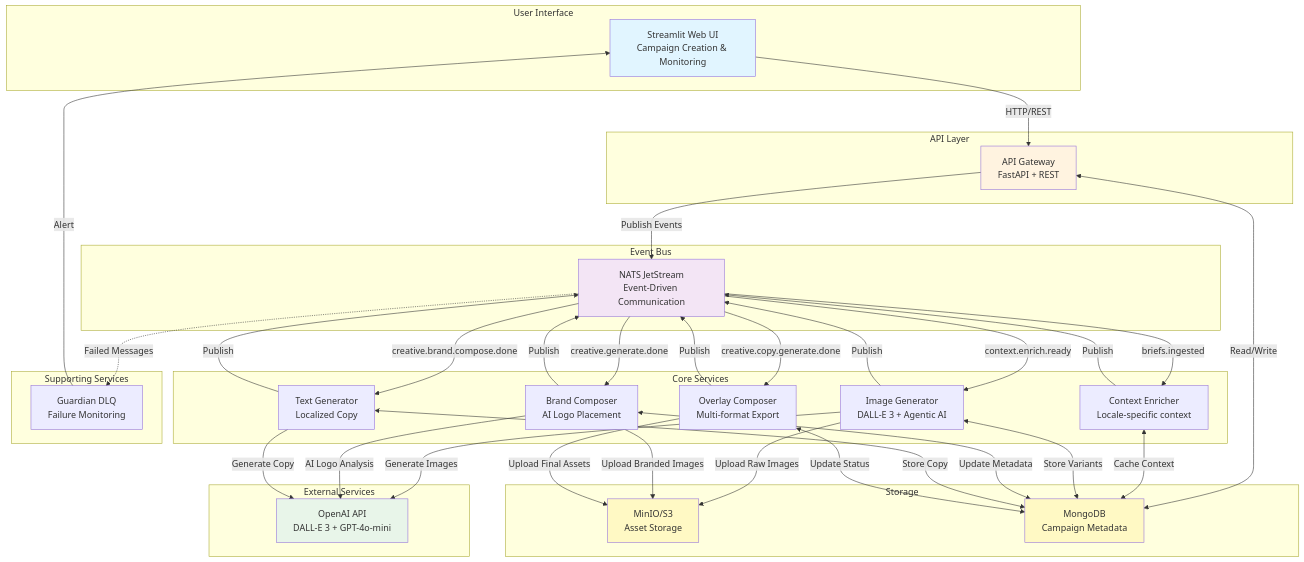
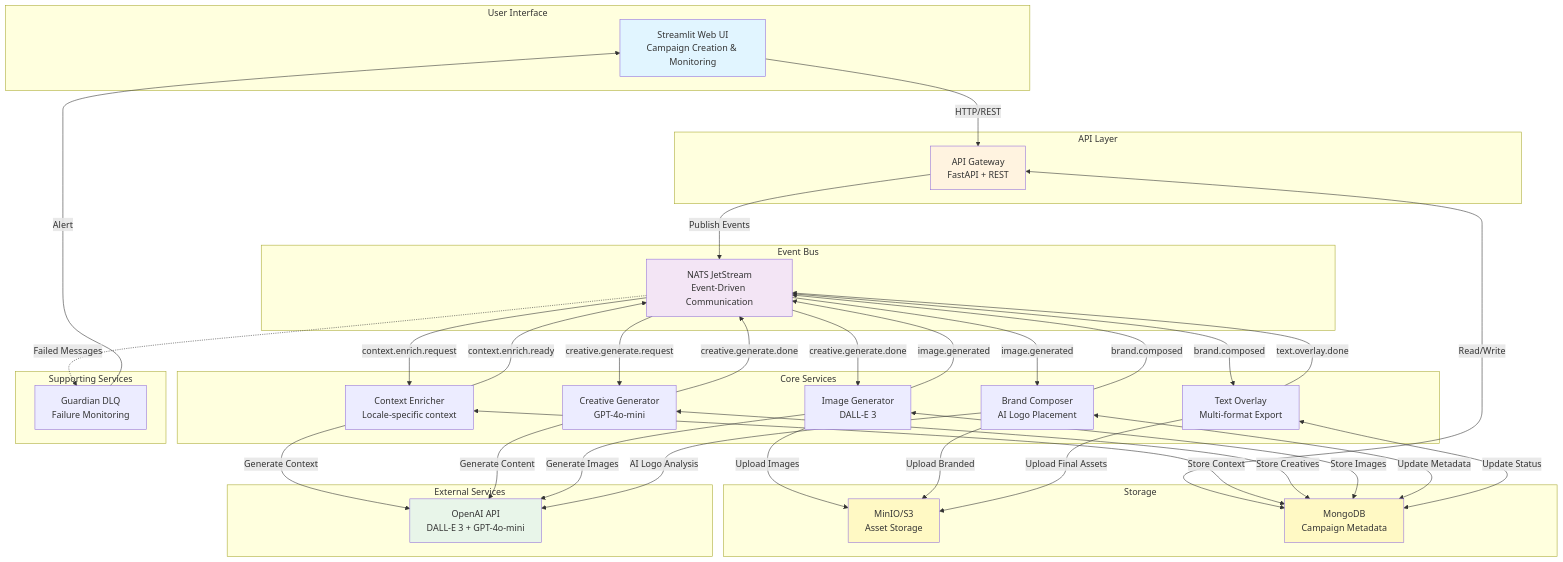
Before and after one commit to gsantopaolo/CreativeCampaign-Agent: the first of 10 diagrams in docs/architecture-diagram.md, drawn with Mermaid. The commit also changed other lines of this file and 7 other files, not shown here.

````diff
--- a/docs/architecture-diagram.md
+++ b/docs/architecture-diagram.md
@@ -5,75 +5,76 @@
 ```mermaid
 graph TB
     subgraph "User Interface"
         UI[Streamlit Web UI<br/>Campaign Creation & Monitoring]
     end
     
     subgraph "API Layer"
         API[API Gateway<br/>FastAPI + REST]
     end
     
     subgraph "Event Bus"
         NATS[NATS JetStream<br/>Event-Driven Communication]
     end
     
     subgraph "Core Services"
         CE[Context Enricher<br/>Locale-specific context]
-        IG[Image Generator<br/>DALL-E 3 + Agentic AI]
+        CG[Creative Generator<br/>GPT-4o-mini]
+        IG[Image Generator<br/>DALL-E 3]
         BC[Brand Composer<br/>AI Logo Placement]
-        TG[Text Generator<br/>Localized Copy]
-        OC[Overlay Composer<br/>Multi-format Export]
+        TO[Text Overlay<br/>Multi-format Export]
     end
     
     subgraph "Supporting Services"
         GDQ[Guardian DLQ<br/>Failure Monitoring]
     end
     
     subgraph "Storage"
         S3[MinIO/S3<br/>Asset Storage]
         MONGO[MongoDB<br/>Campaign Metadata]
     end
     
     subgraph "External Services"
         OPENAI[OpenAI API<br/>DALL-E 3 + GPT-4o-mini]
     end
     
     UI -->|HTTP/REST| API
     API -->|Publish Events| NATS
     API <-->|Read/Write| MONGO
     
-    NATS -->|briefs.ingested| CE
-    NATS -->|context.enrich.ready| IG
-    NATS -->|creative.generate.done| BC
-    NATS -->|creative.brand.compose.done| TG
-    NATS -->|creative.copy.generate.done| OC
+    NATS -->|context.enrich.request| CE
+    NATS -->|creative.generate.request| CG
+    NATS -->|creative.generate.done| IG
+    NATS -->|image.generated| BC
+    NATS -->|brand.composed| TO
     
-    CE -->|Publish| NATS
-    IG -->|Publish| NATS
-    BC -->|Publish| NATS
-    TG -->|Publish| NATS
-    OC -->|Publish| NATS
+    CE -->|context.enrich.ready| NATS
+    CG -->|creative.generate.done| NATS
+    IG -->|image.generated| NATS
+    BC -->|brand.composed| NATS
+    TO -->|text.overlay.done| NATS
     
+    CE -->|Generate Context| OPENAI
+    CG -->|Generate Content| OPENAI
     IG -->|Generate Images| OPENAI
     BC -->|AI Logo Analysis| OPENAI
-    TG -->|Generate Copy| OPENAI
     
-    IG -->|Upload Raw Images| S3
-    BC -->|Upload Branded Images| S3
-    OC -->|Upload Final Assets| S3
+    IG -->|Upload Images| S3
+    BC -->|Upload Branded| S3
+    TO -->|Upload Final Assets| S3
     
-    CE <-->|Cache Context| MONGO
-    IG <-->|Store Variants| MONGO
+    CE <-->|Store Context| MONGO
+    CG <-->|Store Creatives| MONGO
+    IG <-->|Store Images| MONGO
     BC <-->|Update Metadata| MONGO
-    TG <-->|Store Copy| MONGO
-    OC <-->|Update Status| MONGO
+    TO <-->|Update Status| MONGO
     
     NATS -.->|Failed Messages| GDQ
     GDQ -->|Alert| UI
     
     style UI fill:#e1f5ff
     style API fill:#fff3e0
     style NATS fill:#f3e5f5
     style OPENAI fill:#e8f5e9
     style S3 fill:#fff9c4
     style MONGO fill:#fff9c4
 ```
````
